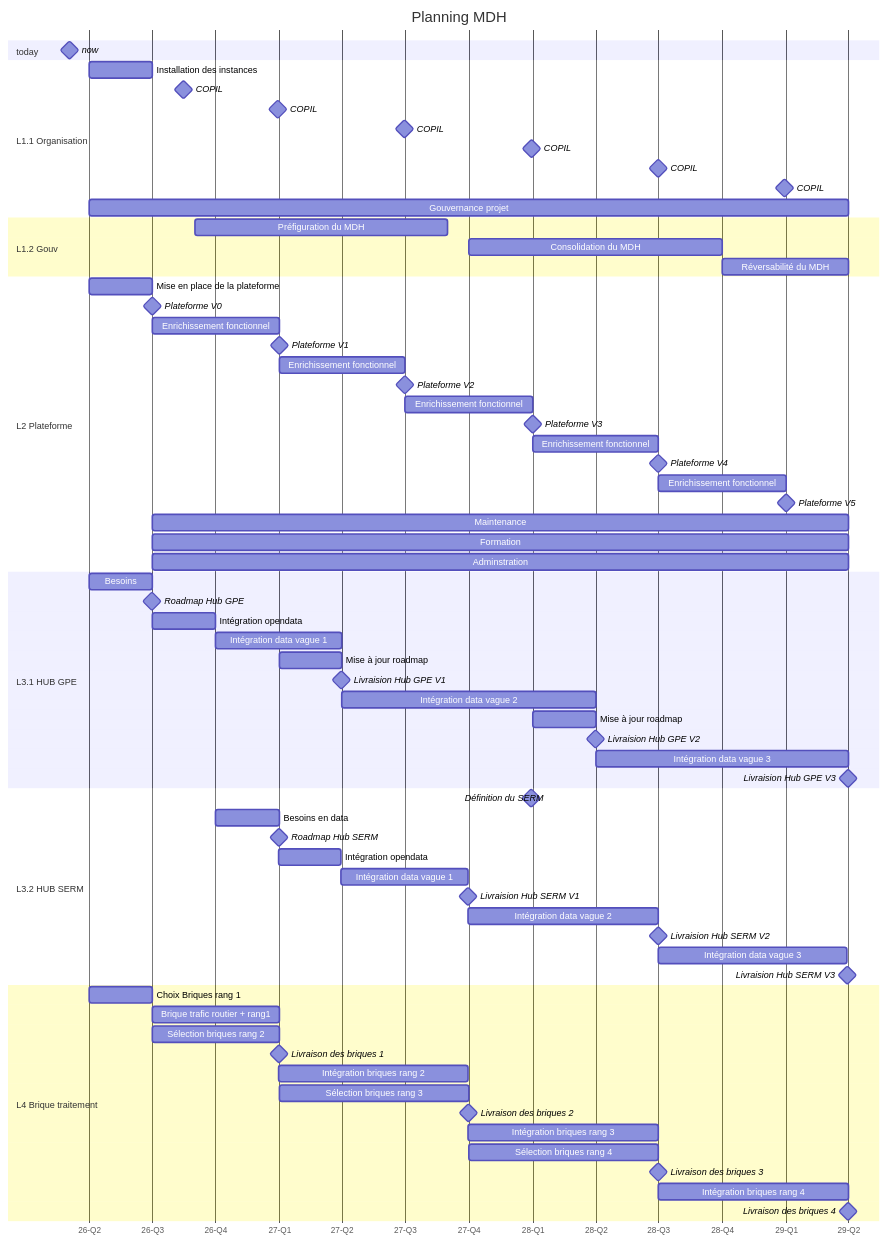
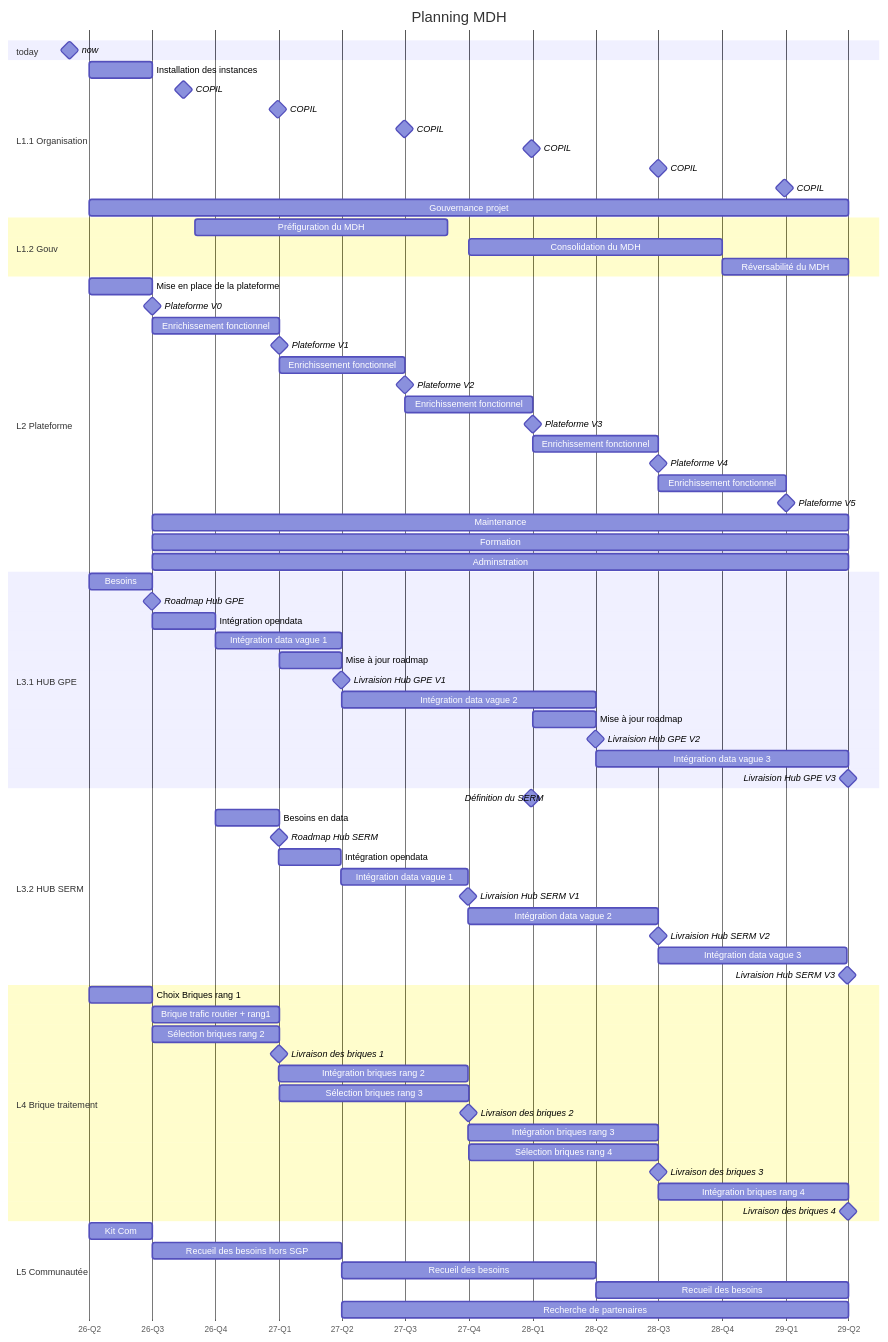
Before and after one commit to cdamas-cerema/test: the diagram in README.md, drawn with Mermaid.

Commit message:
Add L5 Communautée section to README

````diff
--- a/README.md
+++ b/README.md
@@ -78,4 +78,11 @@
         Livraison des briques 3              :milestone, 2028-06-30
         Intégration briques rang 4           :2028-07-01, 9M
         Livraison des briques 4              :milestone, 2029-03-31
+    section L5 Communautée
+        Kit Com                              :2026-04-01, 3M
+        Recueil des besoins  hors SGP        :9M
+        Recueil des besoins                  :12M
+        Recueil des besoins                  :12M
+        Recherche de partenaires             :2027-04-01, 24M
+        
 ```
````
